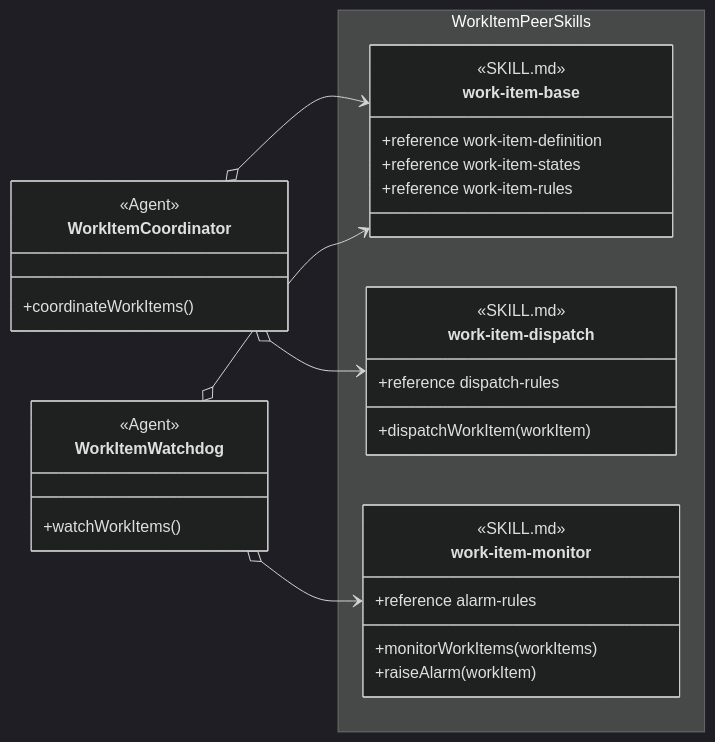
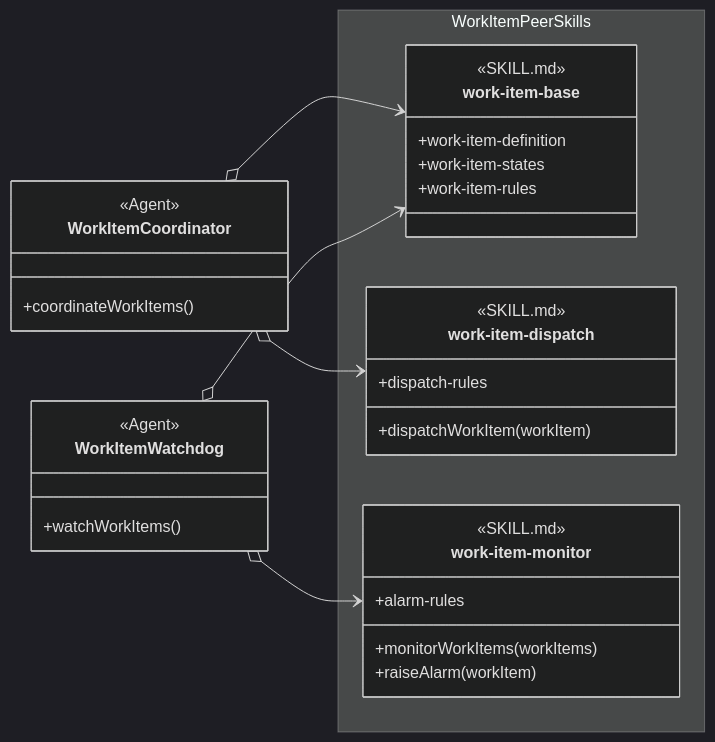
Before and after one commit to martinbechard/dev-methodology: the fourth of 11 diagrams in design/object-oriented-agent-and-skill-model.md, drawn with Mermaid (dark theme). The commit also changed other lines of this file and 2 other files, not shown here.

````diff
--- a/design/object-oriented-agent-and-skill-model.md
+++ b/design/object-oriented-agent-and-skill-model.md
@@ -224,44 +226,44 @@
 ```mermaid
 classDiagram
     direction LR
 
     class WorkItemCoordinator {
         <<Agent>>
         +coordinateWorkItems()
     }
 
     class WorkItemWatchdog {
         <<Agent>>
         +watchWorkItems()
     }
 
     namespace WorkItemPeerSkills {
         class work-item-base {
             <<SKILL.md>>
             <<Peer Skill>>
-            +reference work-item-definition
-            +reference work-item-states
-            +reference work-item-rules
+            +work-item-definition
+            +work-item-states
+            +work-item-rules
         }
 
         class work-item-dispatch {
             <<SKILL.md>>
             <<Peer Skill>>
             +dispatchWorkItem(workItem)
-            +reference dispatch-rules
+            +dispatch-rules
         }
 
         class work-item-monitor {
             <<SKILL.md>>
             <<Peer Skill>>
             +monitorWorkItems(workItems)
             +raiseAlarm(workItem)
-            +reference alarm-rules
+            +alarm-rules
         }
     }
 
     WorkItemCoordinator o--> work-item-base
     WorkItemCoordinator o--> work-item-dispatch
     WorkItemWatchdog o--> work-item-base
     WorkItemWatchdog o--> work-item-monitor
 ```
````
